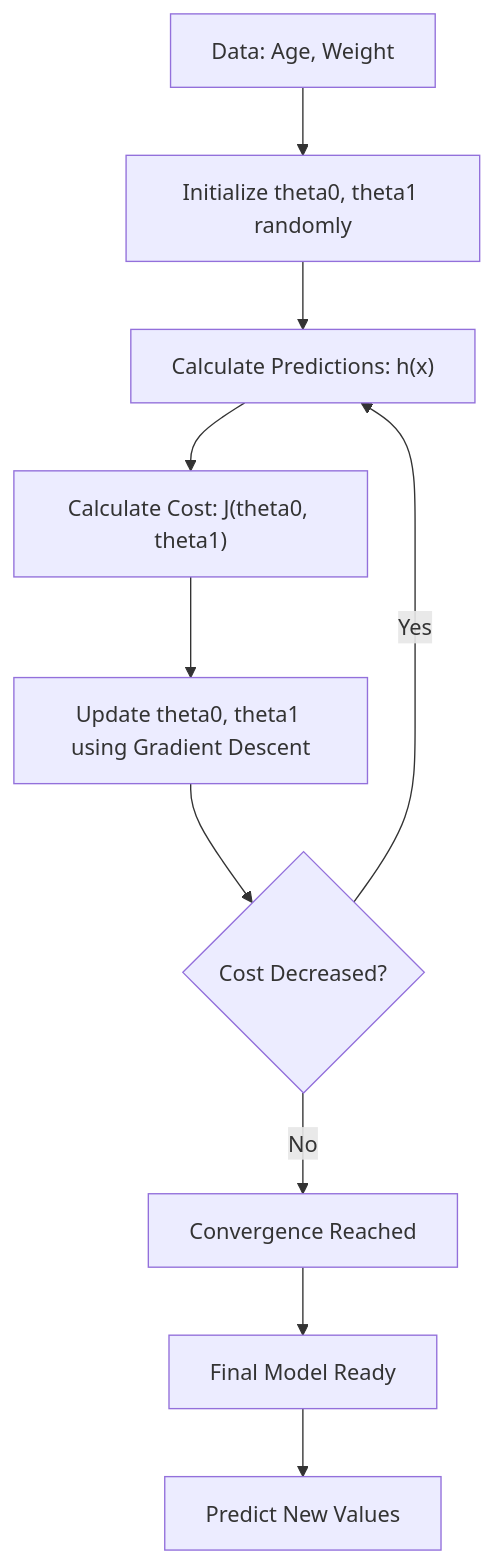
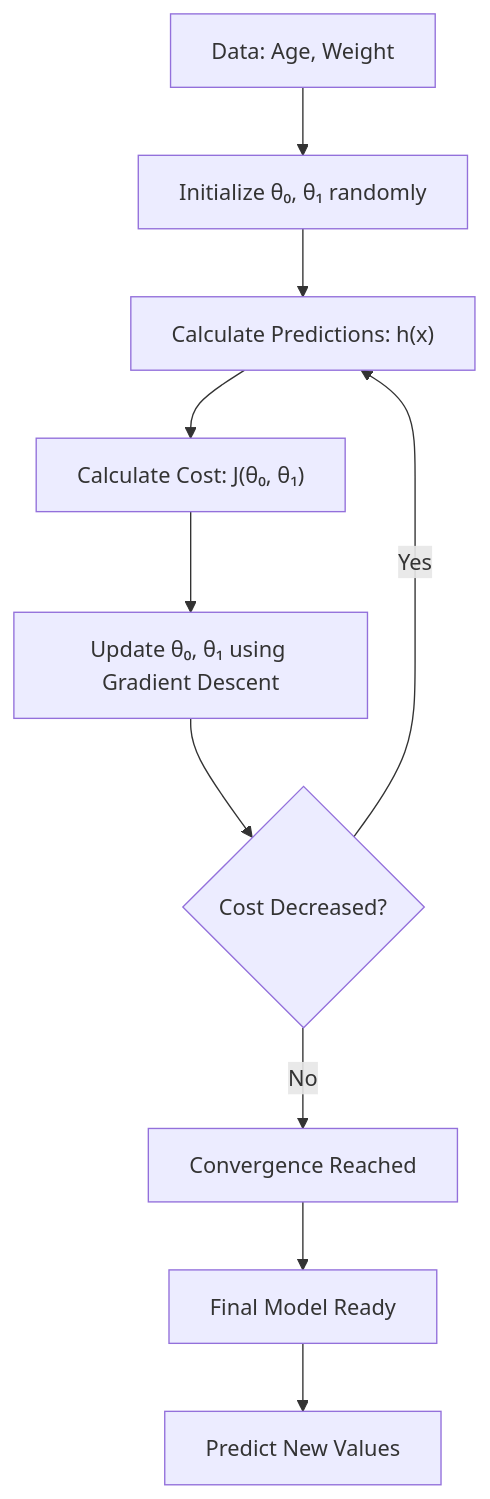
One commit to nishant-iith/Learning-AI-ML changed the fifth of 5 diagrams in ML Revision/03-Linear-Regression.md. Above: the diagram before and after it, drawn with Mermaid. The commit also changed other lines of this file, not shown here.

````diff
--- a/ML Revision/03-Linear-Regression.md
+++ b/ML Revision/03-Linear-Regression.md
@@ -163,12 +159,12 @@
 ```mermaid
 flowchart TD
-    A["Data: Age, Weight"] --> B["Initialize theta0, theta1 randomly"]
+    A["Data: Age, Weight"] --> B["Initialize θ₀, θ₁ randomly"]
     B --> C["Calculate Predictions: h(x)"]
-    C --> D["Calculate Cost: J(theta0, theta1)"]
-    D --> E["Update theta0, theta1 using Gradient Descent"]
+    C --> D["Calculate Cost: J(θ₀, θ₁)"]
+    D --> E["Update θ₀, θ₁ using Gradient Descent"]
     E --> F{"Cost Decreased?"}
     F -->|Yes| C
     F -->|No| G["Convergence Reached"]
     G --> H["Final Model Ready"]
     H --> I["Predict New Values"]
 ```
````
